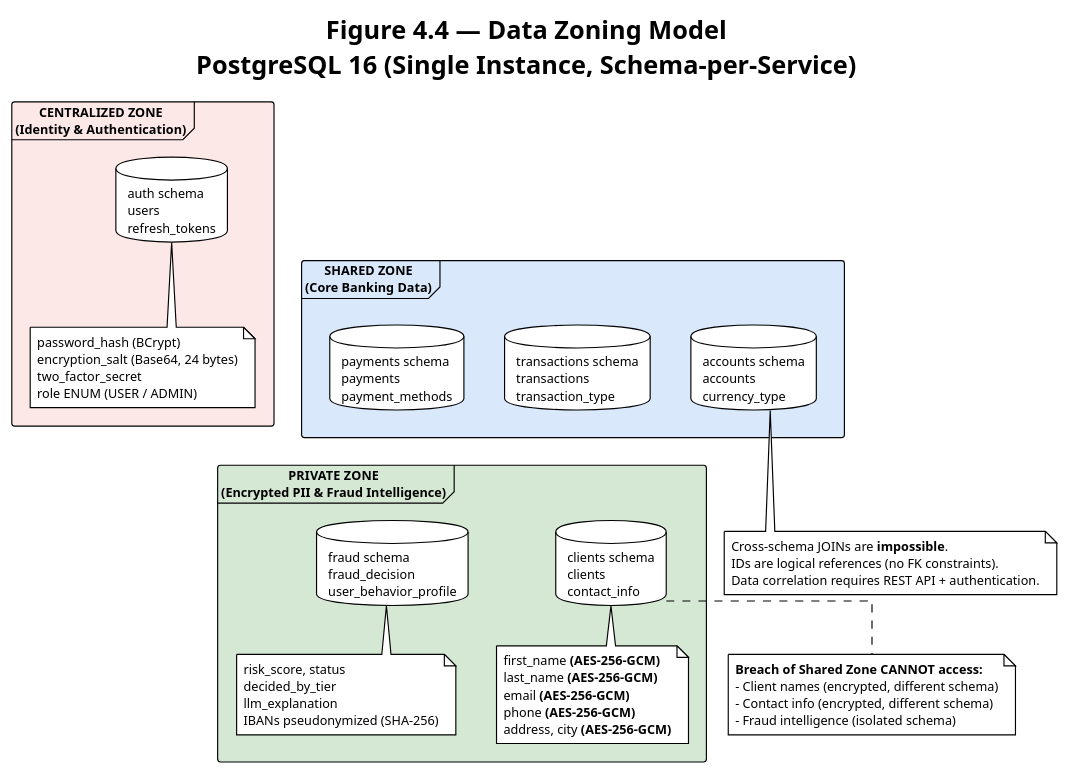
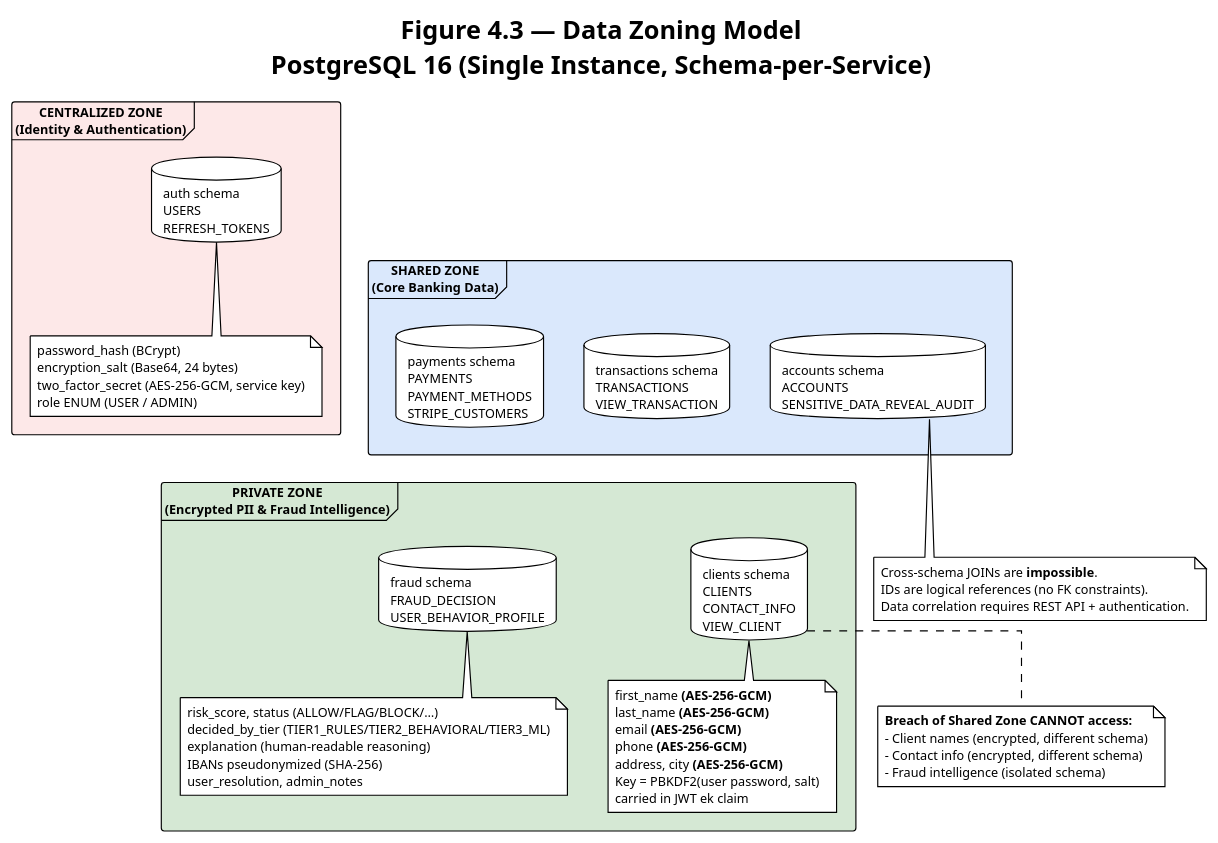
One commit to TurcanuTeodor/Online-Internet-Banking changed the diagram in docs/architecture/chapter4/data-zoning.puml. Above: the diagram before and after it, drawn with PlantUML. The commit also changed 7 other files, not shown here.

Commit message:
update plantuml

```diff
--- a/docs/architecture/chapter4/data-zoning.puml
+++ b/docs/architecture/chapter4/data-zoning.puml
@@ -1,70 +1,73 @@
 @startuml Data_Zoning
 !theme plain
 top to bottom direction
 skinparam backgroundColor white
 skinparam defaultFontName "Segoe UI"
 skinparam defaultFontSize 11
 skinparam shadowing false
 skinparam packageStyle frame
 skinparam linetype ortho
 skinparam nodesep 35
 skinparam ranksep 35
 
-title Figure 4.4 — Data Zoning Model\nPostgreSQL 16 (Single Instance, Schema-per-Service)
+title Figure 4.3 — Data Zoning Model\nPostgreSQL 16 (Single Instance, Schema-per-Service)
 
 package "CENTRALIZED ZONE\n(Identity & Authentication)" #FDE8E8 {
-  database "auth schema\nusers\nrefresh_tokens" as AUTH_DB
+  database "auth schema\nUSERS\nREFRESH_TOKENS" as AUTH_DB
   note bottom of AUTH_DB
     password_hash (BCrypt)
     encryption_salt (Base64, 24 bytes)
-    two_factor_secret
+    two_factor_secret (AES-256-GCM, service key)
     role ENUM (USER / ADMIN)
   end note
 }
 
 package "SHARED ZONE\n(Core Banking Data)" #DAE8FC {
   together {
-    database "accounts schema\naccounts\ncurrency_type" as ACC_DB
-    database "transactions schema\ntransactions\ntransaction_type" as TX_DB
-    database "payments schema\npayments\npayment_methods" as PAY_DB
+    database "accounts schema\nACCOUNTS\nSENSITIVE_DATA_REVEAL_AUDIT" as ACC_DB
+    database "transactions schema\nTRANSACTIONS\nVIEW_TRANSACTION" as TX_DB
+    database "payments schema\nPAYMENTS\nPAYMENT_METHODS\nSTRIPE_CUSTOMERS" as PAY_DB
   }
 }
 
 package "PRIVATE ZONE\n(Encrypted PII & Fraud Intelligence)" #D5E8D4 {
-  database "clients schema\nclients\ncontact_info" as CL_DB
+  database "clients schema\nCLIENTS\nCONTACT_INFO\nVIEW_CLIENT" as CL_DB
   note bottom of CL_DB
     first_name **(AES-256-GCM)**
     last_name **(AES-256-GCM)**
     email **(AES-256-GCM)**
     phone **(AES-256-GCM)**
     address, city **(AES-256-GCM)**
+    Key = PBKDF2(user password, salt)
+    carried in JWT ek claim
   end note
 
-  database "fraud schema\nfraud_decision\nuser_behavior_profile" as FR_DB
+  database "fraud schema\nFRAUD_DECISION\nUSER_BEHAVIOR_PROFILE" as FR_DB
   note bottom of FR_DB
-    risk_score, status
-    decided_by_tier
-    llm_explanation
+    risk_score, status (ALLOW/FLAG/BLOCK/…)
+    decided_by_tier (TIER1_RULES/TIER2_BEHAVIORAL/TIER3_ML)
+    explanation (human-readable reasoning)
     IBANs pseudonymized (SHA-256)
+    user_resolution, admin_notes
   end note
 
   CL_DB -[hidden]right-> FR_DB
 }
 
 AUTH_DB -[hidden]down-> ACC_DB
 ACC_DB -[hidden]down-> CL_DB
 
 note bottom of ACC_DB
   Cross-schema JOINs are **impossible**.
   IDs are logical references (no FK constraints).
   Data correlation requires REST API + authentication.
 end note
 
 note bottom of CL_DB
   **Breach of Shared Zone CANNOT access:**
   - Client names (encrypted, different schema)
   - Contact info (encrypted, different schema)
   - Fraud intelligence (isolated schema)
 end note
 
 @enduml
```
